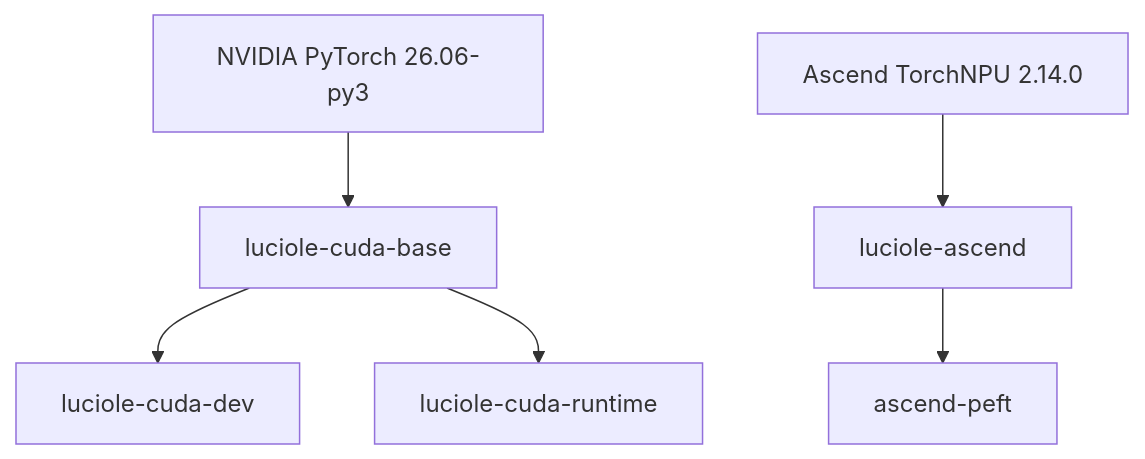
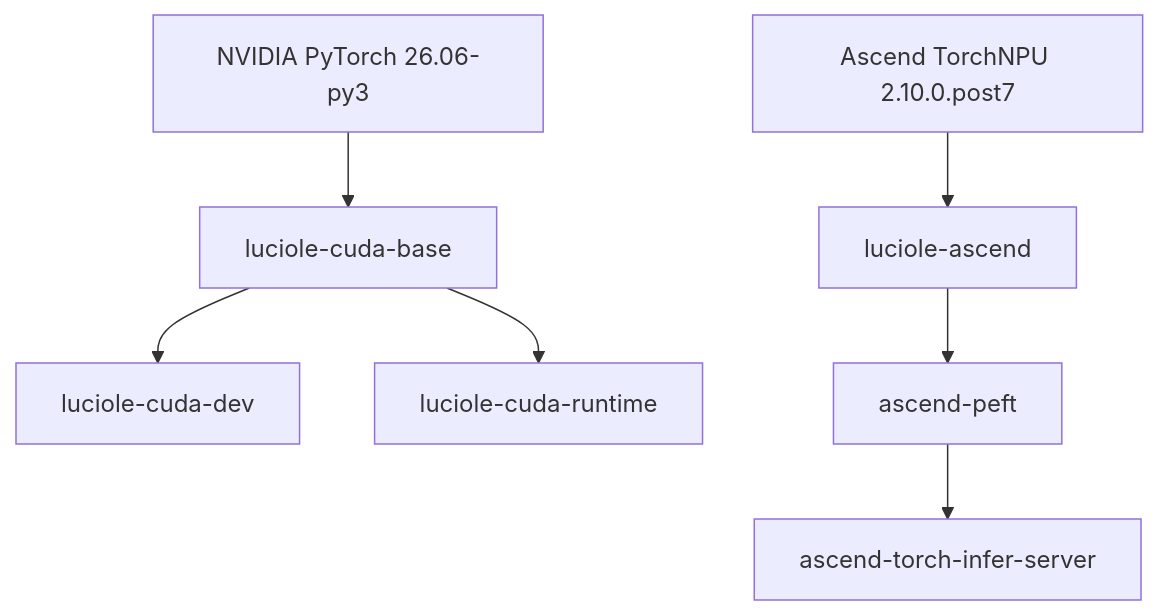
One commit to DKUAV/images changed the first of 2 diagrams in README.md. Above: the diagram before and after it, drawn with Mermaid. The commit also changed other lines of this file and 12 other files, not shown here.

First line of the commit message:
Feat: Add Ascend inference server image and PEFT tools (#30)

````diff
--- a/README.md
+++ b/README.md
@@ -9,8 +9,9 @@
 ```mermaid
 graph TD
   N["NVIDIA PyTorch 26.06-py3"] --> B["luciole-cuda-base"]
   B --> D["luciole-cuda-dev"]
   B --> R["luciole-cuda-runtime"]
-  A["Ascend TorchNPU 2.14.0"] --> NPU["luciole-ascend"]
+  A["Ascend TorchNPU 2.10.0.post7"] --> NPU["luciole-ascend"]
   NPU --> PEFT["ascend-peft"]
+  PEFT --> INFER["ascend-torch-infer-server"]
 ```
````
